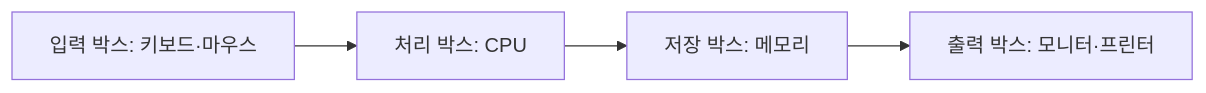
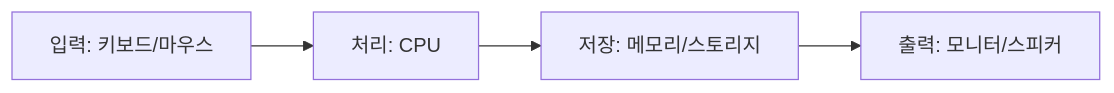
One commit to sujinchoo/Ai.build.education changed the first of 2 diagrams in curriculum/week01.md. Above: the diagram before and after it, drawn with Mermaid. The commit also changed other lines of this file and 23 other files, not shown here.

````diff
--- a/curriculum/week01.md
+++ b/curriculum/week01.md
@@ -18,6 +22,6 @@
 ```mermaid
 flowchart LR
-    I[입력 박스: 키보드·마우스] --> C[처리 박스: CPU]
-    C --> M[저장 박스: 메모리]
-    M --> O[출력 박스: 모니터·프린터]
+    I[입력: 키보드/마우스] --> C[처리: CPU]
+    C --> M[저장: 메모리/스토리지]
+    M --> O[출력: 모니터/스피커]
 ```
````
